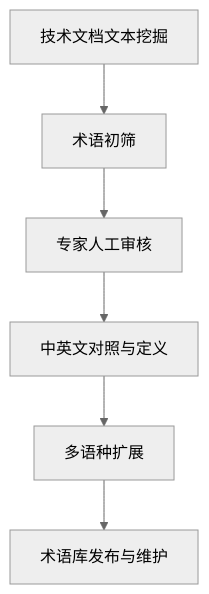
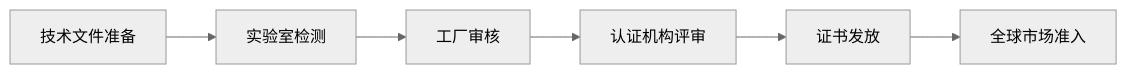
One commit to Miles2048/research-agent changed the second of 4 diagrams in results_perplexity/topic_1_产品国际化护照构建/report_topic_1_perplexity.md. Above: the diagram before and after it, drawn with Mermaid (neutral theme). The commit also changed other lines of this file and 26 other files, not shown here.

````diff
--- a/results_perplexity/topic_1_产品国际化护照构建/report_topic_1_perplexity.md
+++ b/results_perplexity/topic_1_产品国际化护照构建/report_topic_1_perplexity.md
@@ -119,8 +144,8 @@
 ```mermaid
-flowchart TD
-A[技术文档文本挖掘] --> B[术语初筛]
-B --> C[专家人工审核]
-C --> D[中英文对照与定义]
-D --> E[多语种扩展]
-E --> F[术语库发布与维护]
+flowchart LR
+    A[技术文件准备] --> B[实验室检测]
+    B --> C[工厂审核]
+    C --> D[认证机构评审]
+    D --> E[证书发放]
+    E --> F[全球市场准入]
 ```
````
